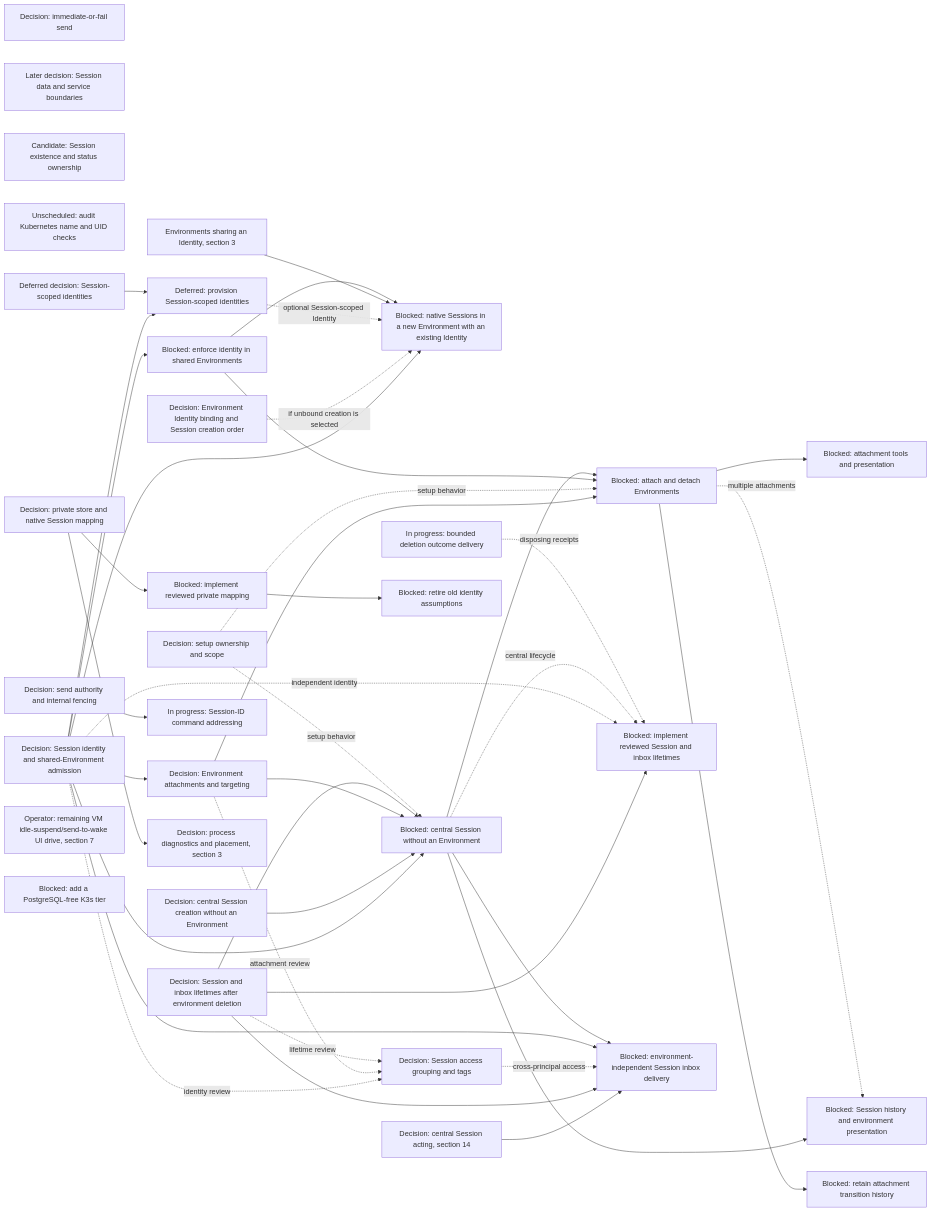
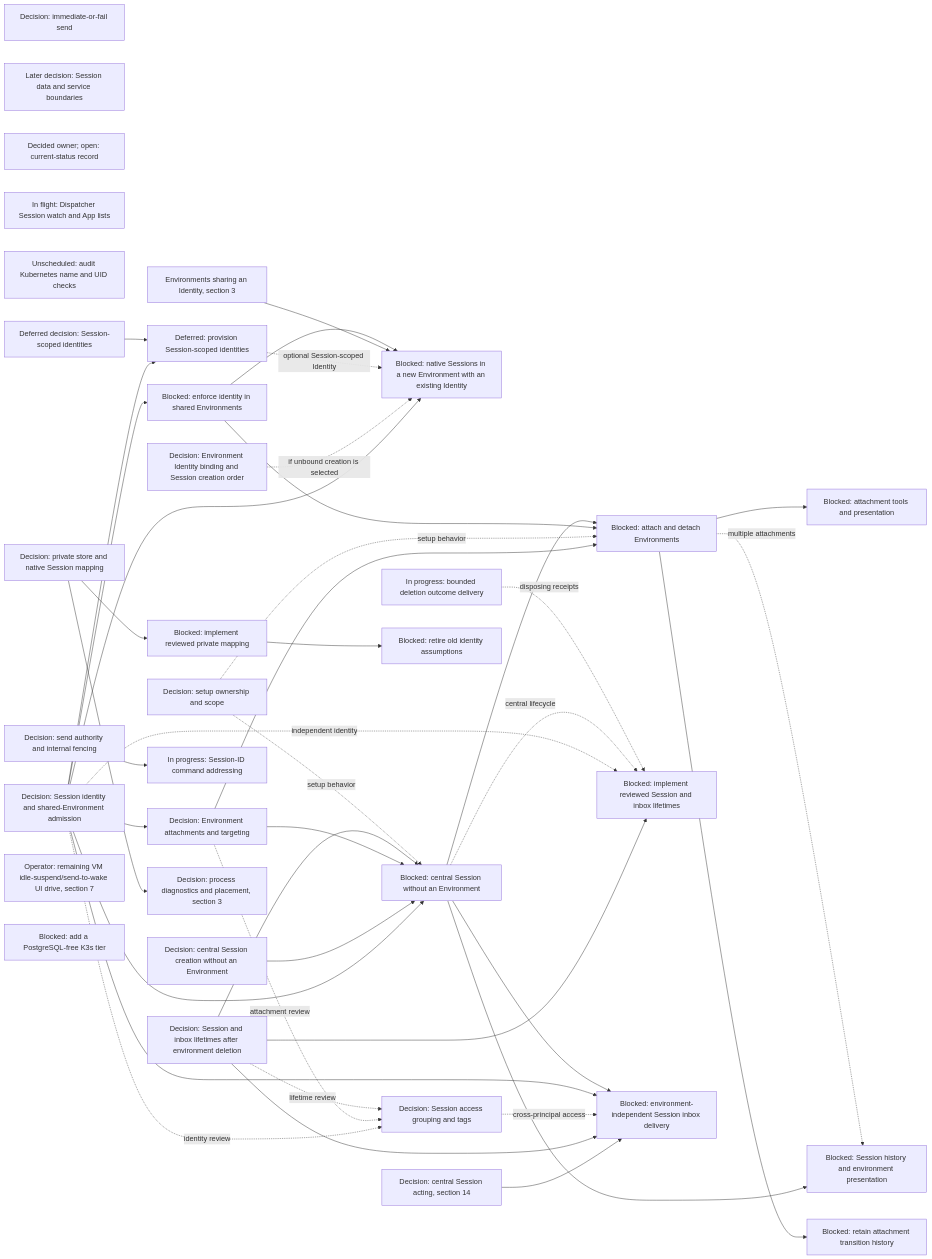
Diagram 15 of 20 in agentplane/plans/task_dag.md (agentydragon/ducktape), drawn with Mermaid before and after one commit. The commit also changed other lines of this file, not shown here.

First line of the commit message:
Record the decided Session authority and release the Session watch

````diff
--- a/agentplane/plans/task_dag.md
+++ b/agentplane/plans/task_dag.md
@@ -2448,73 +2450,74 @@
 ```mermaid
 flowchart LR
     DISPATCHER_PERSISTENCE_MODEL_DESIGN[Decision: immediate-or-fail send]
     SESSION_DATA_OWNERSHIP_DESIGN[Later decision: Session data and service boundaries]
-    SESSION_LIVE_STATUS_OWNERSHIP_DESIGN[Candidate: Session existence and status ownership]
+    SESSION_LIVE_STATUS_OWNERSHIP_DESIGN[Decided owner; open: current-status record]
+    DISPATCHER_SESSION_WATCH[In flight: Dispatcher Session watch and App lists]
     KUBERNETES_UID_CHECK_AUDIT[Unscheduled: audit Kubernetes name and UID checks]
     SESSION_IDENTITY_CONTRACT[Decision: Session identity and shared-Environment admission]
     ENVIRONMENT_IDENTITY_BINDING_DESIGN[Decision: Environment Identity binding and Session creation order]
     SESSION_IDENTITY_PROVISIONING_DESIGN[Deferred decision: Session-scoped identities]
     SESSION_MANAGED_IDENTITY[Deferred: provision Session-scoped identities]
     SESSION_NATIVE_IDENTITY_WORKFLOW[Blocked: native Sessions in a new Environment with an existing Identity]
     ENVIRONMENT_SHARED_IDENTITY[Environments sharing an Identity, section 3]
     SESSION_ACCESS_GROUPING_DESIGN[Decision: Session access grouping and tags]
     CENTRAL_SESSION_CREATION_CONTRACT[Decision: central Session creation without an Environment]
     SESSION_ATTACHMENT_CONTRACT[Decision: Environment attachments and targeting]
     SESSION_ENVIRONMENT_SETUP_DESIGN[Decision: setup ownership and scope]
     SESSION_IDENTITY_ENFORCEMENT[Blocked: enforce identity in shared Environments]
     CENTRAL_SESSION_WITHOUT_ENVIRONMENT[Blocked: central Session without an Environment]
     SESSION_ENV_ATTACHMENTS[Blocked: attach and detach Environments]
     SESSION_ATTACHMENT_SURFACES[Blocked: attachment tools and presentation]
     SESSION_ATTACHMENT_HISTORY[Blocked: retain attachment transition history]
     SESSION_LIFETIME_IMPLEMENTATION[Blocked: implement reviewed Session and inbox lifetimes]
     CENTRAL_SESSION_NOTIFICATIONS[Blocked: environment-independent Session inbox delivery]
     DELIVERY_DESTINATION_AUTHORITY_DESIGN[Decision: send authority and internal fencing]
     SESSION_DELETION_FENCE[In progress: bounded deletion outcome delivery]
     SESSION_AND_INBOX_LIFETIME[Decision: Session and inbox lifetimes after environment deletion]
     DELIVERY_DESTINATION_CONTRACT[In progress: Session-ID command addressing]
     SESSION_HISTORY_PRESENTATION[Blocked: Session history and environment presentation]
     SESSION_IDENTITY_CONTRACT --> CENTRAL_SESSION_WITHOUT_ENVIRONMENT
     CENTRAL_SESSION_ACTING_DESIGN[Decision: central Session acting, section 14] --> CENTRAL_SESSION_NOTIFICATIONS
     CENTRAL_SESSION_CREATION_CONTRACT --> CENTRAL_SESSION_WITHOUT_ENVIRONMENT
     SESSION_ATTACHMENT_CONTRACT --> CENTRAL_SESSION_WITHOUT_ENVIRONMENT
     SESSION_AND_INBOX_LIFETIME --> CENTRAL_SESSION_WITHOUT_ENVIRONMENT
     SESSION_IDENTITY_CONTRACT --> SESSION_IDENTITY_ENFORCEMENT
     SESSION_IDENTITY_CONTRACT --> SESSION_MANAGED_IDENTITY
     SESSION_IDENTITY_PROVISIONING_DESIGN --> SESSION_MANAGED_IDENTITY
     SESSION_IDENTITY_CONTRACT --> SESSION_NATIVE_IDENTITY_WORKFLOW
     ENVIRONMENT_IDENTITY_BINDING_DESIGN -. if unbound creation is selected .-> SESSION_NATIVE_IDENTITY_WORKFLOW
     SESSION_MANAGED_IDENTITY -. optional Session-scoped Identity .-> SESSION_NATIVE_IDENTITY_WORKFLOW
     ENVIRONMENT_SHARED_IDENTITY --> SESSION_NATIVE_IDENTITY_WORKFLOW
     SESSION_IDENTITY_ENFORCEMENT --> SESSION_NATIVE_IDENTITY_WORKFLOW
     SESSION_IDENTITY_CONTRACT --> SESSION_ATTACHMENT_CONTRACT
     SESSION_ATTACHMENT_CONTRACT --> SESSION_ENV_ATTACHMENTS
     SESSION_ENVIRONMENT_SETUP_DESIGN -. setup behavior .-> SESSION_ENV_ATTACHMENTS
     SESSION_ENVIRONMENT_SETUP_DESIGN -. setup behavior .-> CENTRAL_SESSION_WITHOUT_ENVIRONMENT
     SESSION_IDENTITY_ENFORCEMENT --> SESSION_ENV_ATTACHMENTS
     CENTRAL_SESSION_WITHOUT_ENVIRONMENT --> SESSION_ENV_ATTACHMENTS
     SESSION_ENV_ATTACHMENTS --> SESSION_ATTACHMENT_SURFACES
     SESSION_ENV_ATTACHMENTS --> SESSION_ATTACHMENT_HISTORY
     CENTRAL_SESSION_WITHOUT_ENVIRONMENT --> SESSION_HISTORY_PRESENTATION
     SESSION_ENV_ATTACHMENTS -. multiple attachments .-> SESSION_HISTORY_PRESENTATION
     SESSION_AND_INBOX_LIFETIME --> SESSION_LIFETIME_IMPLEMENTATION
     SESSION_IDENTITY_CONTRACT -. independent identity .-> SESSION_LIFETIME_IMPLEMENTATION
     CENTRAL_SESSION_WITHOUT_ENVIRONMENT -. central lifecycle .-> SESSION_LIFETIME_IMPLEMENTATION
     SESSION_DELETION_FENCE -. disposing receipts .-> SESSION_LIFETIME_IMPLEMENTATION
     SESSION_AND_INBOX_LIFETIME --> CENTRAL_SESSION_NOTIFICATIONS
     SESSION_IDENTITY_CONTRACT -. identity review .-> SESSION_ACCESS_GROUPING_DESIGN
     SESSION_ATTACHMENT_CONTRACT -. attachment review .-> SESSION_ACCESS_GROUPING_DESIGN
     SESSION_AND_INBOX_LIFETIME -. lifetime review .-> SESSION_ACCESS_GROUPING_DESIGN
     SESSION_ACCESS_GROUPING_DESIGN -. cross-principal access .-> CENTRAL_SESSION_NOTIFICATIONS
     SESSION_IDENTITY_CONTRACT --> CENTRAL_SESSION_NOTIFICATIONS
     CENTRAL_SESSION_WITHOUT_ENVIRONMENT --> CENTRAL_SESSION_NOTIFICATIONS
     HARNESS_IDENTITY_DESIGN[Decision: private store and native Session mapping]
     RUNNER_STORE_SESSION_IDENTITY[Blocked: implement reviewed private mapping]
     RUNNER_IDENTITY_LEGACY_CLEANUP[Blocked: retire old identity assumptions]
     IDLE_SUSPEND_UI_DRIVE[Operator: remaining VM idle-suspend/send-to-wake UI drive, section 7]
     RUNNER_HARNESS_OBJECTS_DESIGN[Decision: process diagnostics and placement, section 3]
     CNPG_FREE_K3S_INTEGRATION_TIER[Blocked: add a PostgreSQL-free K3s tier]
     DELIVERY_DESTINATION_AUTHORITY_DESIGN --> DELIVERY_DESTINATION_CONTRACT
     RUNNER_STORE_SESSION_IDENTITY --> RUNNER_IDENTITY_LEGACY_CLEANUP
     HARNESS_IDENTITY_DESIGN --> RUNNER_STORE_SESSION_IDENTITY
     HARNESS_IDENTITY_DESIGN --> RUNNER_HARNESS_OBJECTS_DESIGN
 ```
````
